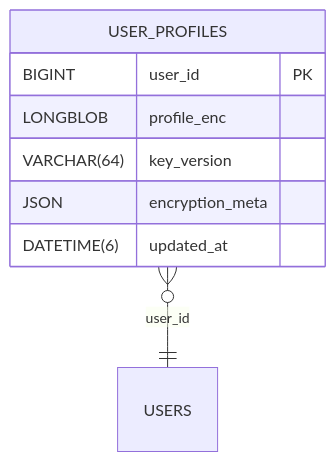
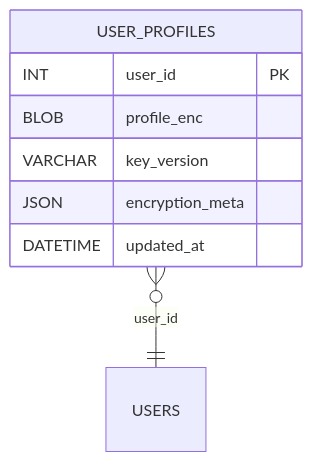
Before and after one commit to blackcatdatabase/table-user-profiles: the diagram in README.md, drawn with Mermaid. The commit also changed other lines of this file, not shown here.

Commit message:
chore(schema): add/update generated schema + README (umbrella sync)

````diff
--- a/README.md
+++ b/README.md
@@ -49,11 +49,11 @@
 ```mermaid
 erDiagram
   USER_PROFILES {
-    BIGINT user_id PK
-    LONGBLOB profile_enc
-    VARCHAR(64) key_version
+    INT user_id PK
+    BLOB profile_enc
+    VARCHAR key_version
     JSON encryption_meta
-    DATETIME(6) updated_at
+    DATETIME updated_at
   }
   USER_PROFILES }o--|| USERS : "user_id"
 ```
````
